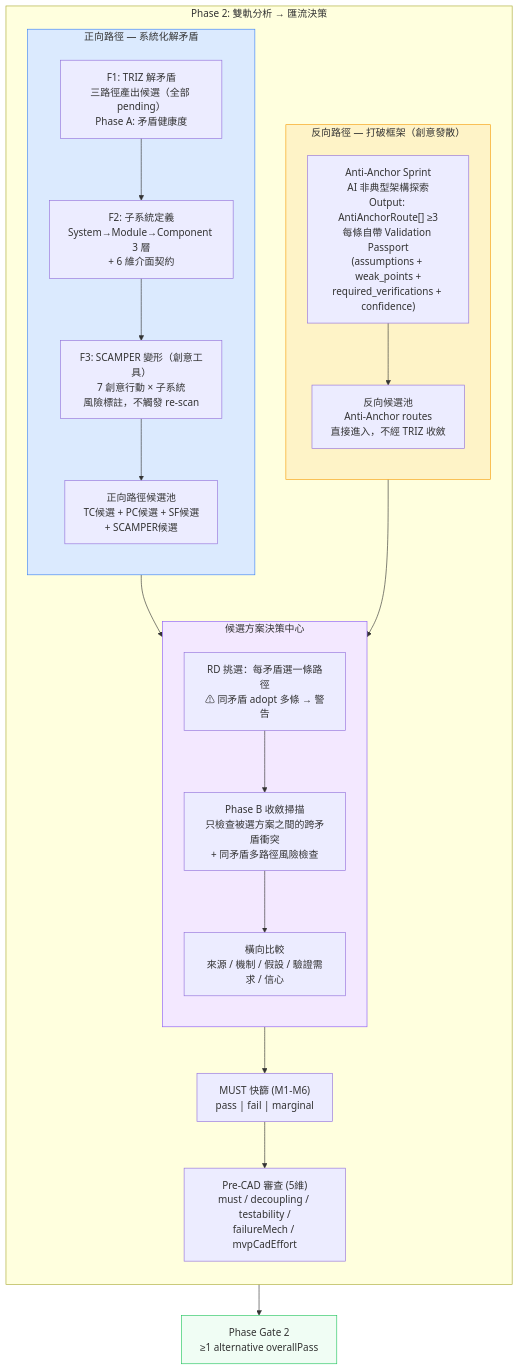
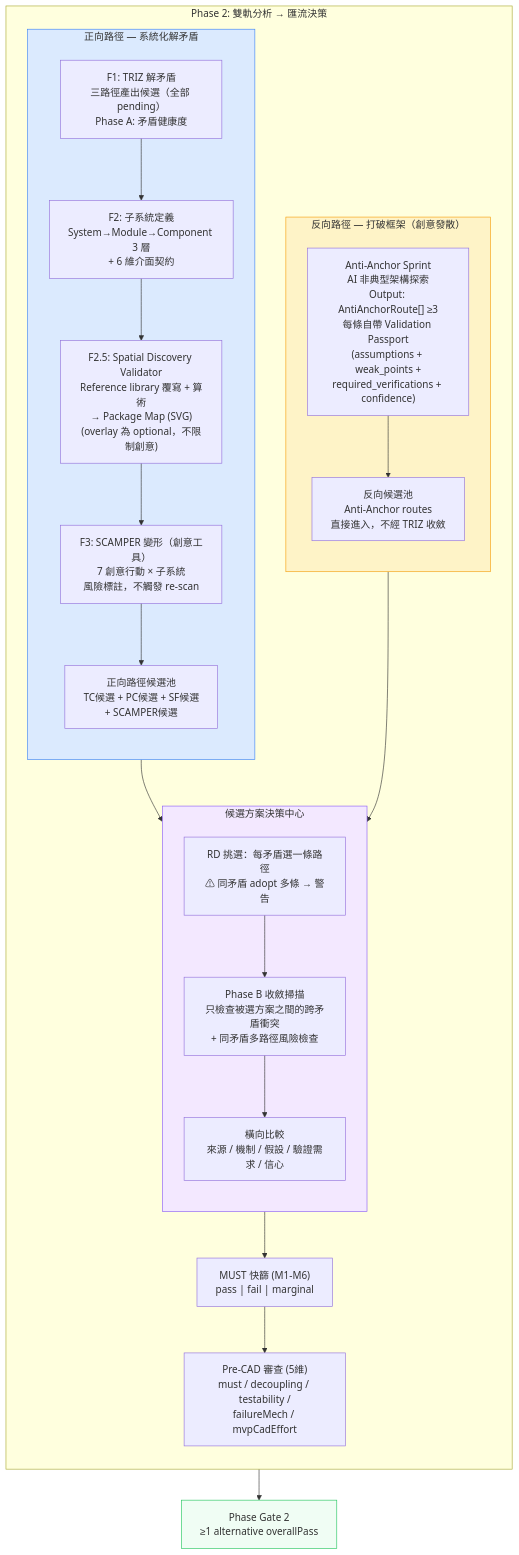
One commit to JIA-HONG-CHU/design-copilot-blueprint changed the first of 6 diagrams in docs/diagrams/triz-to-scamper-flow.md. Above: the diagram before and after it, drawn with Mermaid. The commit also changed other lines of this file and 18 other files, not shown here.

First line of the commit message:
feat(spatial): add Spatial Discovery Validator + layered reference resolver

````diff
--- a/docs/diagrams/triz-to-scamper-flow.md
+++ b/docs/diagrams/triz-to-scamper-flow.md
@@ -42,45 +47,46 @@
 ```mermaid
 flowchart TB
     subgraph Phase2["Phase 2: 雙軌分析 → 匯流決策"]
         direction TB
 
         subgraph REVERSE["反向路徑 — 打破框架（創意發散）"]
             direction TB
             R1["Anti-Anchor Sprint<br/>AI 非典型架構探索<br/>Output: AntiAnchorRoute[] ≥3<br/>每條自帶 Validation Passport<br/>(assumptions + weak_points +<br/>required_verifications + confidence)"]
             RP["反向候選池<br/>Anti-Anchor routes<br/>直接進入，不經 TRIZ 收斂"]
             R1 --> RP
         end
 
         subgraph FORWARD["正向路徑 — 系統化解矛盾"]
             direction TB
             F1["F1: TRIZ 解矛盾<br/>三路徑產出候選（全部 pending）<br/>Phase A: 矛盾健康度"]
             F2["F2: 子系統定義<br/>System→Module→Component 3 層<br/>+ 6 維介面契約"]
+            F2S["F2.5: Spatial Discovery Validator<br/>Reference library 覆寫 + 算術<br/>→ Package Map (SVG)<br/>(overlay 為 optional，不限制創意)"]
             F3["F3: SCAMPER 變形（創意工具）<br/>7 創意行動 × 子系統<br/>風險標註，不觸發 re-scan"]
             FP["正向路徑候選池<br/>TC候選 + PC候選 + SF候選<br/>+ SCAMPER候選"]
-            F1 --> F2 --> F3 --> FP
+            F1 --> F2 --> F2S --> F3 --> FP
         end
 
         subgraph HUB["候選方案決策中心"]
             direction TB
             SELECT["RD 挑選：每矛盾選一條路徑<br/>⚠ 同矛盾 adopt 多條 → 警告"]
             PHASE_B["Phase B 收斂掃描<br/>只檢查被選方案之間的跨矛盾衝突<br/>+ 同矛盾多路徑風險檢查"]
             COMPARE["橫向比較<br/>來源 / 機制 / 假設 / 驗證需求 / 信心"]
             SELECT --> PHASE_B --> COMPARE
         end
 
         RP --> SELECT
         FP --> SELECT
 
         MUST["MUST 快篩 (M1-M6)<br/>pass | fail | marginal"]
         PRECAD["Pre-CAD 審查 (5維)<br/>must / decoupling / testability /<br/>failureMech / mvpCadEffort"]
         COMPARE --> MUST --> PRECAD
     end
 
     GATE["Phase Gate 2<br/>≥1 alternative overallPass"]
     PRECAD --> GATE
 
     style REVERSE fill:#FEF3C7,stroke:#F59E0B
     style FORWARD fill:#DBEAFE,stroke:#3B82F6
     style HUB fill:#F3E8FF,stroke:#8B5CF6
     style GATE fill:#F0FDF4,stroke:#22C55E
 ```
````
